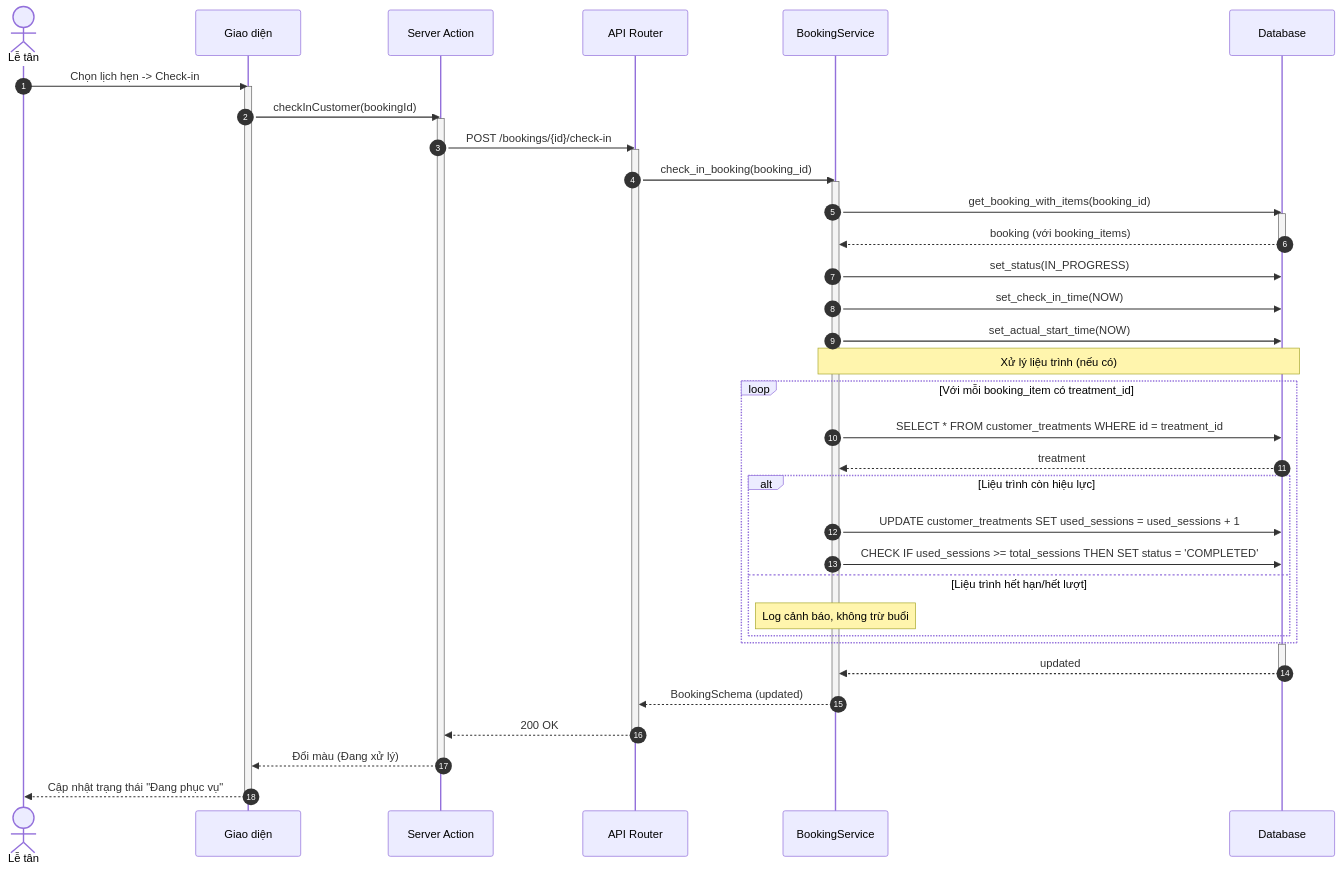
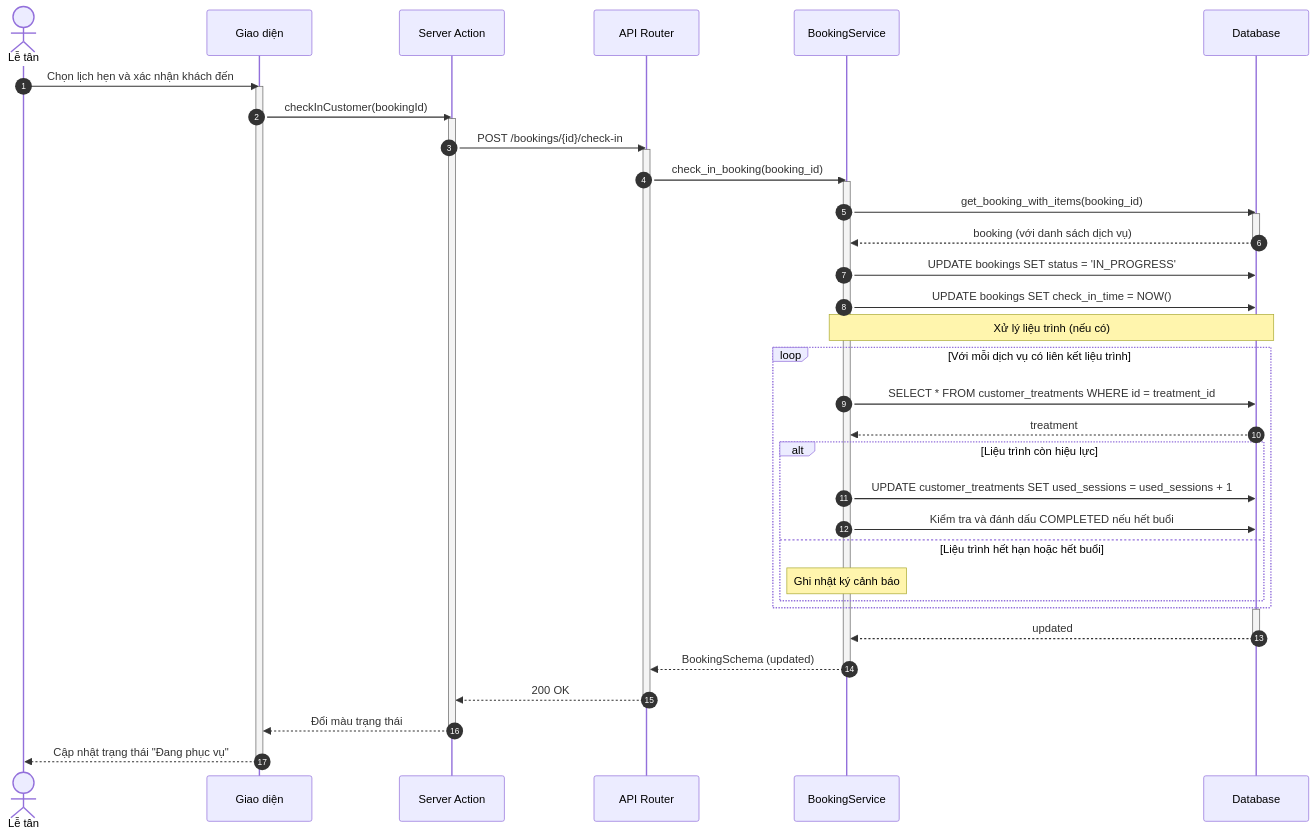
The fourth of 7 diagrams in docs/design/sequences/receptionist_flows.md (ngoctinn/Synapse), drawn with Mermaid before and after one commit. The commit also changed other lines of this file and 11 other files, not shown here.

Commit message:
docs: Add initial design documentation, including architecture, UI, use cases, and detailed sequence diagrams for various user flows.

````diff
--- a/docs/design/sequences/receptionist_flows.md
+++ b/docs/design/sequences/receptionist_flows.md
@@ -130,58 +190,57 @@
 ```mermaid
 sequenceDiagram
     autonumber
     actor LT as Lễ tân
     participant UI as Giao diện
     participant BFF as Server Action
     participant API as API Router
     participant S as BookingService
     participant DB as Database
 
-    LT->>UI: Chọn lịch hẹn -> Check-in
+    LT->>UI: Chọn lịch hẹn và xác nhận khách đến
     activate UI
     UI->>BFF: checkInCustomer(bookingId)
     activate BFF
 
     BFF->>API: POST /bookings/{id}/check-in
     activate API
 
     API->>S: check_in_booking(booking_id)
     activate S
 
     S->>DB: get_booking_with_items(booking_id)
     activate DB
-    DB-->>S: booking (với booking_items)
+    DB-->>S: booking (với danh sách dịch vụ)
     deactivate DB
 
-    S->>DB: set_status(IN_PROGRESS)
-    S->>DB: set_check_in_time(NOW)
-    S->>DB: set_actual_start_time(NOW)
+    S->>DB: UPDATE bookings SET status = 'IN_PROGRESS'
+    S->>DB: UPDATE bookings SET check_in_time = NOW()
 
     Note over S,DB: Xử lý liệu trình (nếu có)
-    loop Với mỗi booking_item có treatment_id
+    loop Với mỗi dịch vụ có liên kết liệu trình
         S->>DB: SELECT * FROM customer_treatments WHERE id = treatment_id
         DB-->>S: treatment
         alt Liệu trình còn hiệu lực
             S->>DB: UPDATE customer_treatments SET used_sessions = used_sessions + 1
-            S->>DB: CHECK IF used_sessions >= total_sessions THEN SET status = 'COMPLETED'
-        else Liệu trình hết hạn/hết lượt
-            Note over S: Log cảnh báo, không trừ buổi
+            S->>DB: Kiểm tra và đánh dấu COMPLETED nếu hết buổi
+        else Liệu trình hết hạn hoặc hết buổi
+            Note over S: Ghi nhật ký cảnh báo
         end
     end
 
     activate DB
     DB-->>S: updated
     deactivate DB
 
     S-->>API: BookingSchema (updated)
     deactivate S
 
     API-->>BFF: 200 OK
     deactivate API
 
-    BFF-->>UI: Đổi màu (Đang xử lý)
+    BFF-->>UI: Đổi màu trạng thái
     deactivate BFF
 
     UI-->>LT: Cập nhật trạng thái "Đang phục vụ"
     deactivate UI
 ```
````
